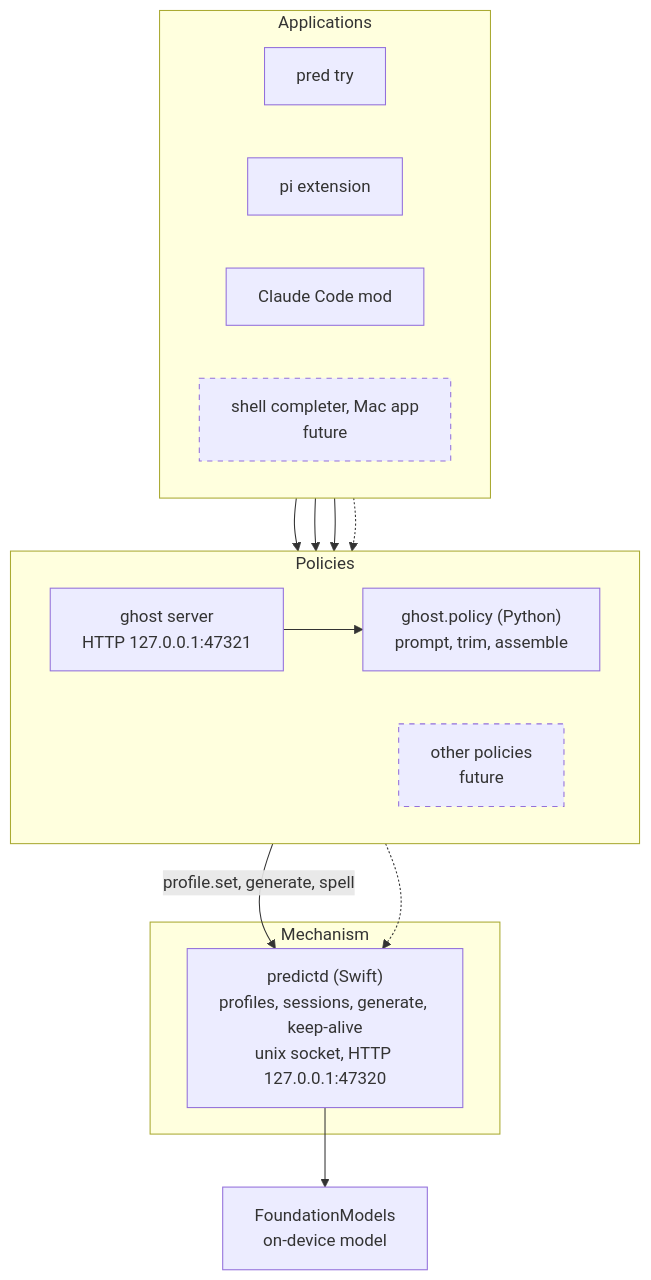
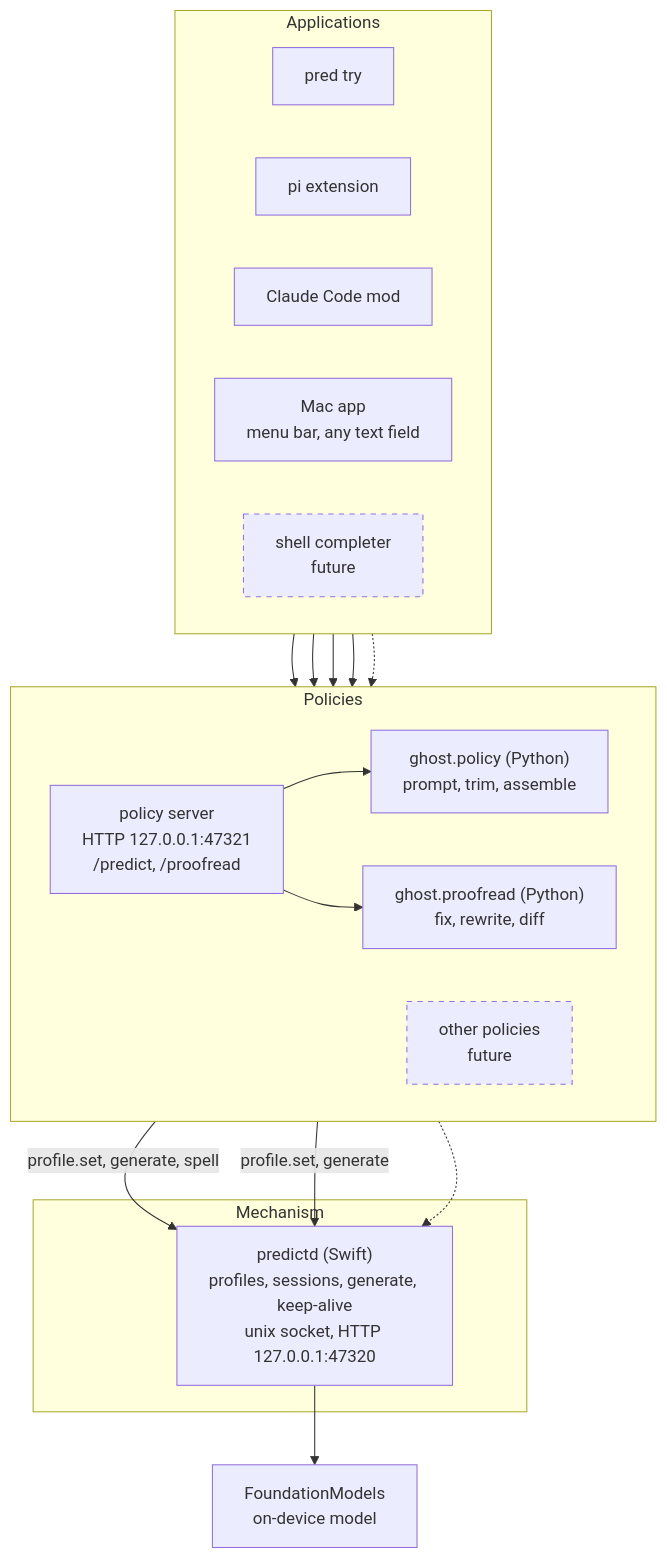
The first of 5 diagrams in docs/ARCHITECTURE.md (FreemanX/Homeword), drawn with Mermaid before and after one commit. The commit also changed other lines of this file and 20 other files, not shown here.

First line of the commit message:
Mac app prototype and a proofreading policy

````diff
--- a/docs/ARCHITECTURE.md
+++ b/docs/ARCHITECTURE.md
@@ -12,29 +13,34 @@
 ```mermaid
 flowchart TB
     subgraph apps["Applications"]
         direction LR
         try["pred try"]
         pi["pi extension"]
         cc["Claude Code mod"]
-        next["shell completer, Mac app<br/>future"]:::future
+        mac["Mac app<br/>menu bar, any text field"]
+        next["shell completer<br/>future"]:::future
     end
     subgraph policy["Policies"]
         direction LR
-        srv["ghost server<br/>HTTP 127.0.0.1:47321"]
+        srv["policy server<br/>HTTP 127.0.0.1:47321<br/>/predict, /proofread"]
         lib["ghost.policy (Python)<br/>prompt, trim, assemble"]
+        pr["ghost.proofread (Python)<br/>fix, rewrite, diff"]
         other["other policies<br/>future"]:::future
     end
     subgraph mech["Mechanism"]
         predictd["predictd (Swift)<br/>profiles, sessions, generate, keep-alive<br/>unix socket, HTTP 127.0.0.1:47320"]
     end
     fm["FoundationModels<br/>on-device model"]
     try --> lib
     pi --> srv
     cc --> srv
+    mac --> srv
     next -.-> srv
     srv --> lib
+    srv --> pr
     lib -->|"profile.set, generate, spell"| predictd
+    pr -->|"profile.set, generate"| predictd
     other -.-> predictd
     predictd --> fm
     classDef future stroke-dasharray: 5 5
 ```
````
